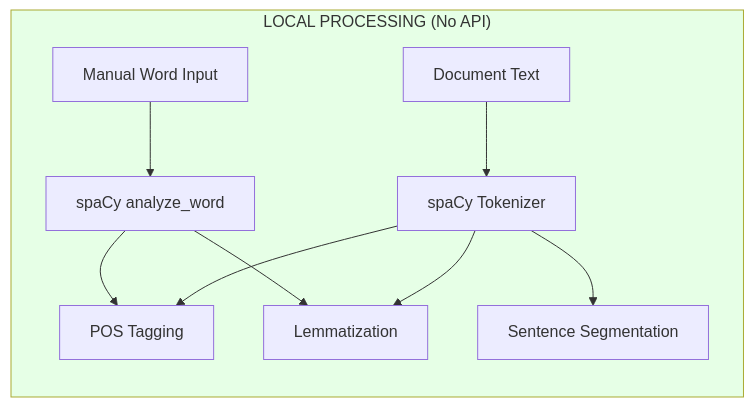
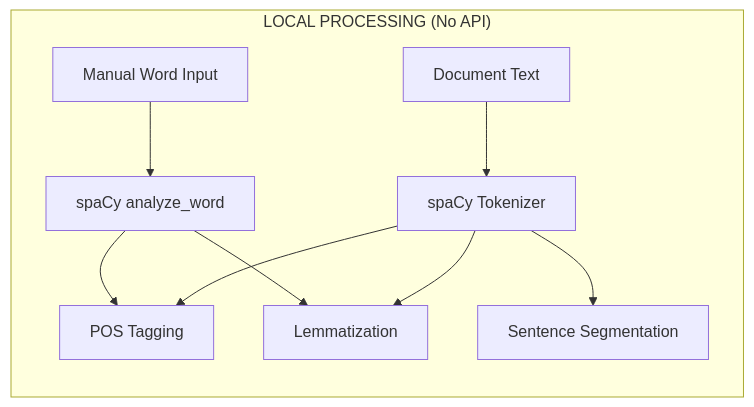
The seventh of 9 diagrams in docs/llm-pipelines.md (sapientpants/vocabext), drawn with Mermaid before and after one commit. The commit also changed other lines of this file, not shown here.

First line of the commit message:
docs: remove color blocks from Mermaid diagrams

````diff
--- a/docs/llm-pipelines.md
+++ b/docs/llm-pipelines.md
@@ -331,15 +310,13 @@
 ```mermaid
 flowchart LR
     subgraph LOCAL["LOCAL PROCESSING (No API)"]
         A[Document Text] --> B[spaCy Tokenizer]
         B --> C[POS Tagging]
         B --> D[Lemmatization]
         B --> E[Sentence Segmentation]
 
         F[Manual Word Input] --> G[spaCy analyze_word]
         G --> C
         G --> D
     end
-
-    style LOCAL fill:#e6ffe6
 ```
````
